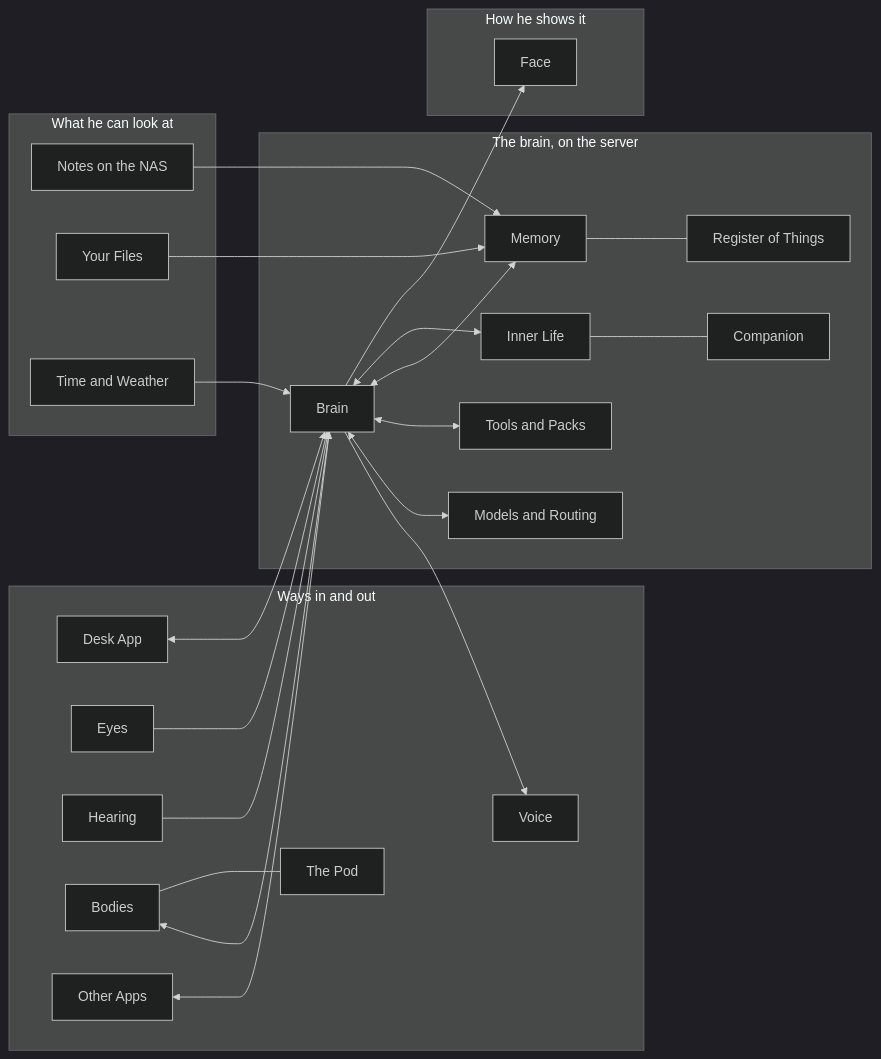
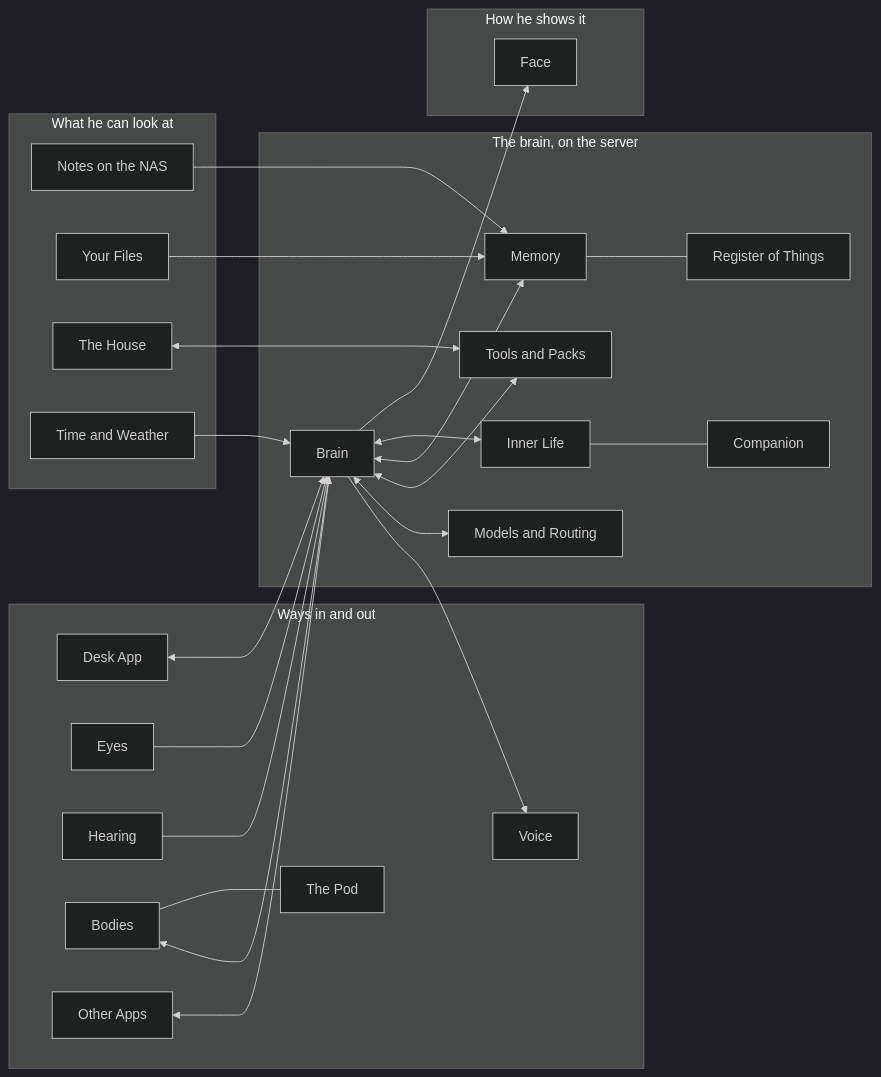
One commit to Senitage/Kit changed the diagram in docs/Home.md. Above: the diagram before and after it, drawn with Mermaid (dark theme). The commit also changed other lines of this file and 38 other files, not shown here.

````diff
--- a/docs/Home.md
+++ b/docs/Home.md
@@ -41,47 +41,49 @@
 ```mermaid
 flowchart LR
     subgraph Ways["Ways in and out"]
         DeskApp["Desk App"]
         Eyes["Eyes"]
         Hearing["Hearing"]
         Voice["Voice"]
         Bodies["Bodies"]
         Pod["The Pod"]
         OtherApps["Other Apps"]
     end
     subgraph Mind["The brain, on the server"]
         Brain["Brain"]
         Routing["Models and Routing"]
         Memory["Memory"]
         Things["Register of Things"]
         Life["Inner Life"]
         Companion["Companion"]
         Tools["Tools and Packs"]
     end
     subgraph Show["How he shows it"]
         Face["Face"]
     end
     subgraph World["What he can look at"]
         Notes["Notes on the NAS"]
         Files["Your Files"]
+        House["The House"]
         Weather["Time and Weather"]
     end
     DeskApp <--> Brain
     Eyes --> Brain
     Hearing --> Brain
     Brain --> Voice
     OtherApps <--> Brain
     Bodies <--> Brain
     Bodies --- Pod
     Brain <--> Routing
     Brain <--> Tools
     Brain <--> Memory
     Memory --- Things
     Brain <--> Life
     Life --- Companion
     Brain --> Face
     Notes --> Memory
     Files --> Memory
+    House <--> Tools
     Weather --> Brain
-    class DeskApp,Eyes,Hearing,Voice,Bodies,Pod,OtherApps,Brain,Routing,Memory,Things,Life,Companion,Tools,Face,Notes,Files,Weather internal-link
+    class DeskApp,Eyes,Hearing,Voice,Bodies,Pod,OtherApps,Brain,Routing,Memory,Things,Life,Companion,Tools,Face,Notes,Files,House,Weather internal-link
 ```
````
